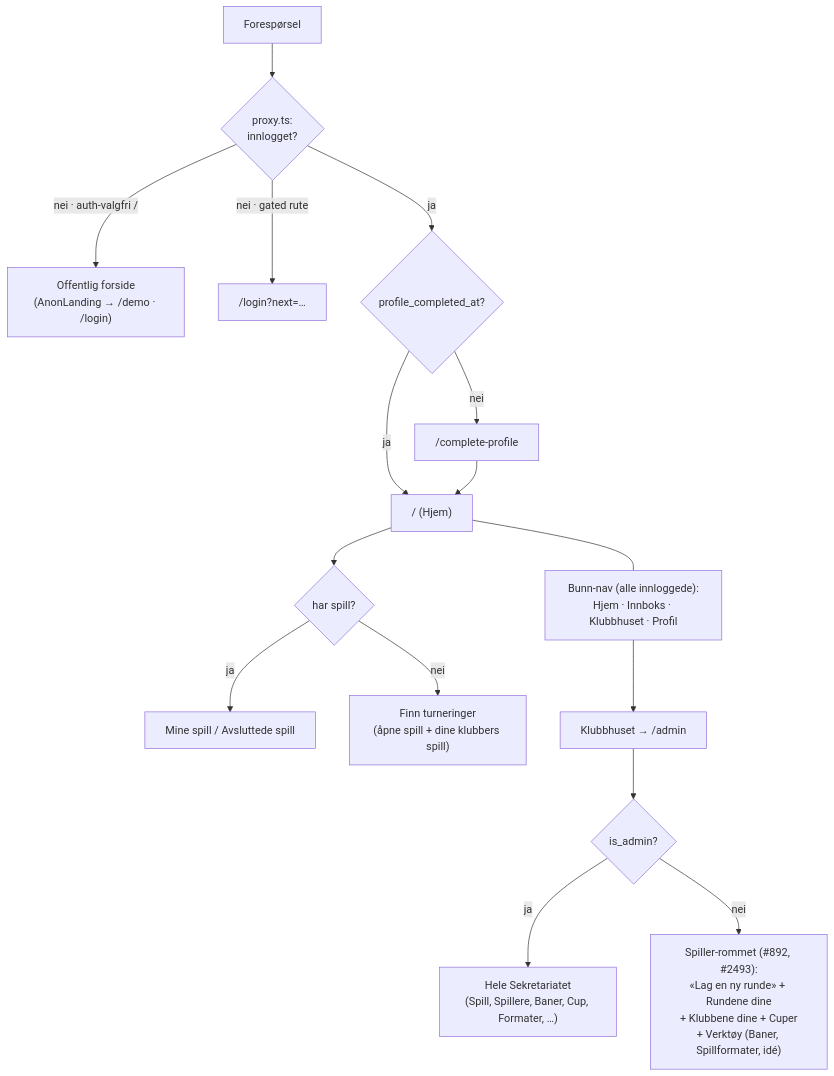
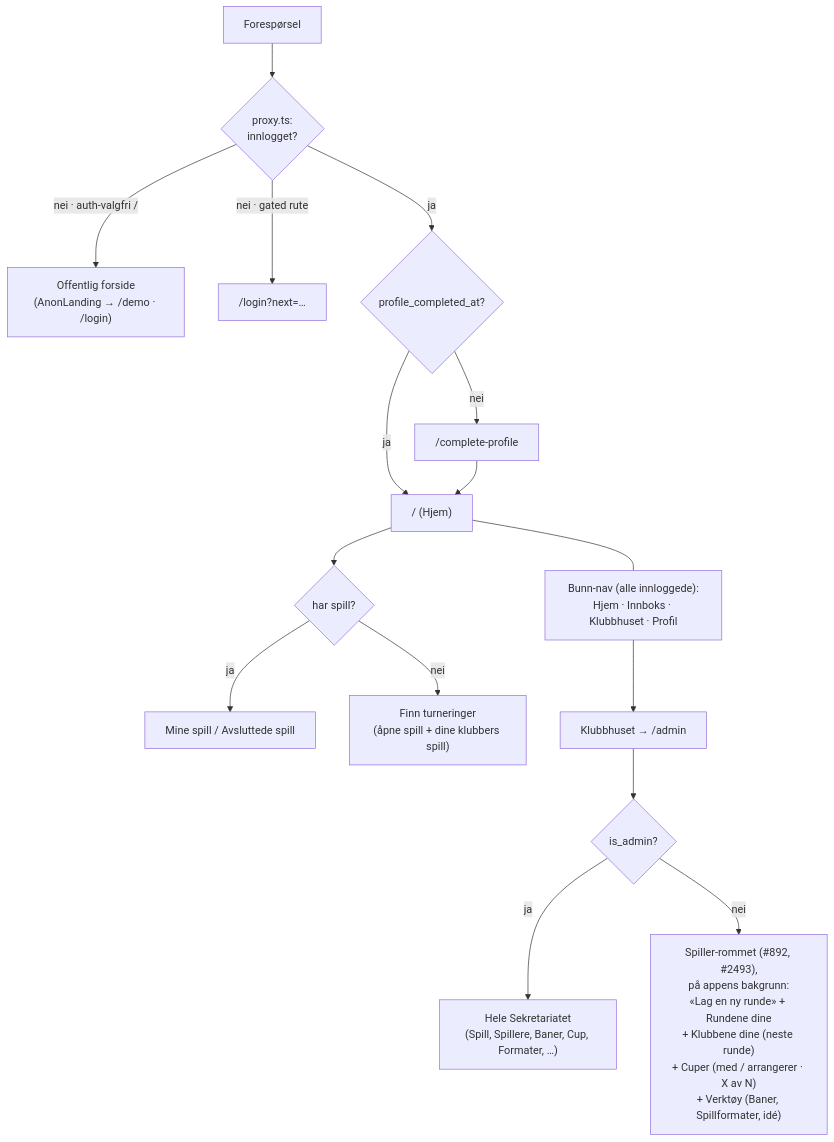
The first of 6 diagrams in docs/user-flows.md (jdlarssen/golf-app), drawn with Mermaid before and after one commit. The commit also changed other lines of this file, not shown here.

Commit message:
docs(flows): the room's cups and background as built
Orchestrator delta review of PR #2541 (point 1): user-flows A4 and the
§0 diagram describe the cup rows as built («Du er med» or «Du
arrangerer», «X av N kamper spilt», the error text on a row of its own,
and one «Ferdige cuper · n cuper» row when all are finished), each
club's next round, Baner's text, and the room on the app's background
while the rest of Klubbhuset keeps the linen (owner's answer 05.10).

Refs #2493

Claude-Session: https://claude.ai/code/session_01PbQJdtr72S6CFEU7aw84Qz

````diff
--- a/docs/user-flows.md
+++ b/docs/user-flows.md
@@ -26,19 +26,19 @@
 ```mermaid
 flowchart TD
   Req[Forespørsel] --> P{proxy.ts:<br/>innlogget?}
   P -- "nei · auth-valgfri /" --> Anon["Offentlig forside<br/>(AnonLanding → /demo · /login)"]
   P -- "nei · gated rute" --> L["/login?next=…"]
   P -- ja --> Prof{profile_completed_at?}
   Prof -- nei --> CP["/complete-profile"]
   Prof -- ja --> Home["/ (Hjem)"]
   CP --> Home
   Home --> PH{har spill?}
   PH -- ja --> List["Mine spill / Avsluttede spill"]
   PH -- nei --> Disc["Finn turneringer<br/>(åpne spill + dine klubbers spill)"]
   Nav["Bunn-nav (alle innloggede):<br/>Hjem · Innboks · Klubbhuset · Profil"]
   Home --- Nav
   Nav --> Klub["Klubbhuset → /admin"]
   Klub --> KP{is_admin?}
   KP -- ja --> Sek["Hele Sekretariatet<br/>(Spill, Spillere, Baner, Cup, Formater, …)"]
-  KP -- nei --> PlayerKlub["Spiller-rommet (#892, #2493):<br/>«Lag en ny runde» + Rundene dine<br/>+ Klubbene dine + Cuper<br/>+ Verktøy (Baner, Spillformater, idé)"]
+  KP -- nei --> PlayerKlub["Spiller-rommet (#892, #2493),<br/>på appens bakgrunn:<br/>«Lag en ny runde» + Rundene dine<br/>+ Klubbene dine (neste runde)<br/>+ Cuper (med / arrangerer · X av N)<br/>+ Verktøy (Baner, Spillformater, idé)"]
 ```
````
